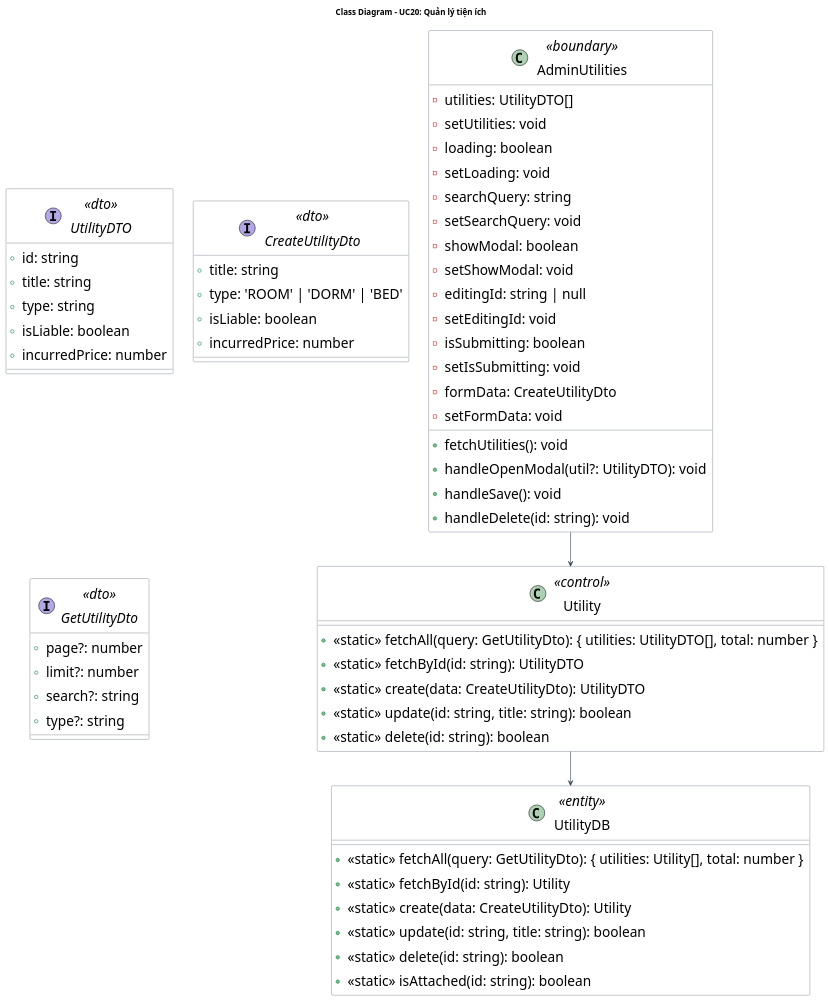
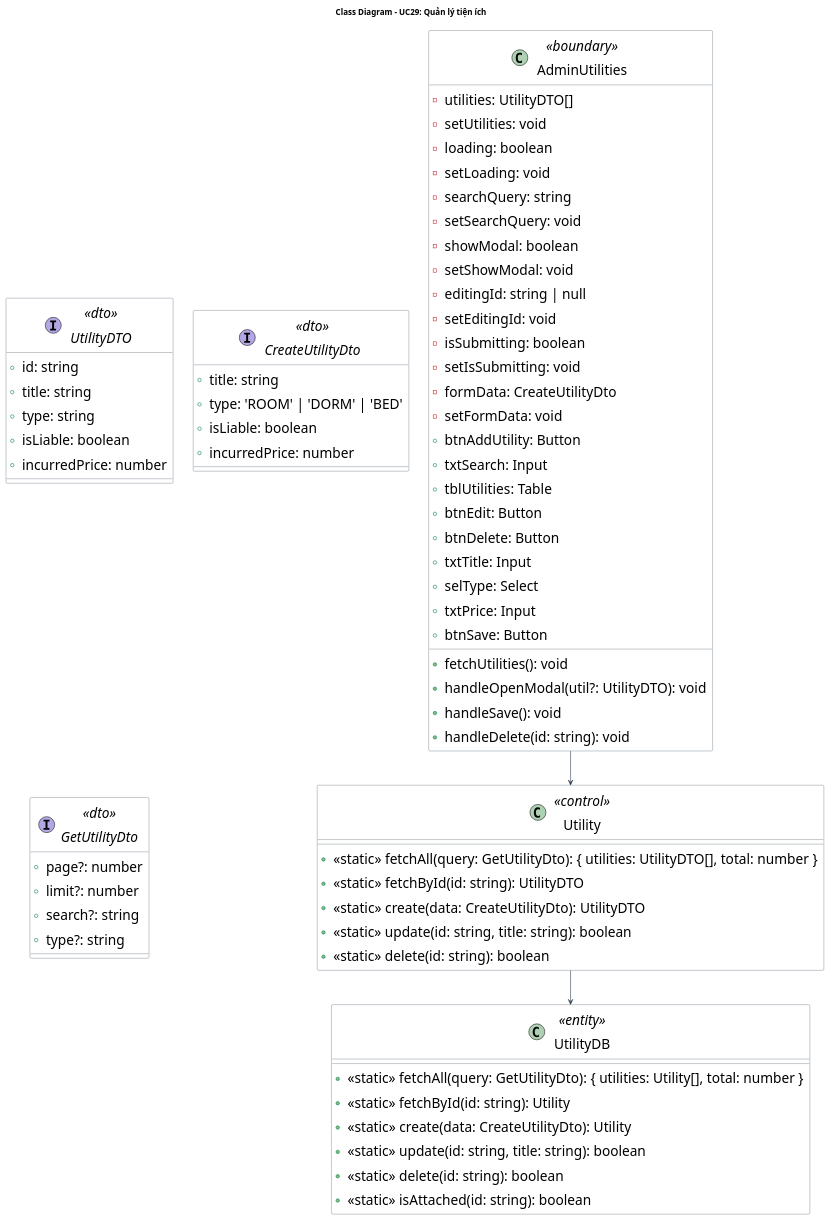
The diagram in doc/system/quan_ly_tien_ich/QuanLyTienIch_ClassDiagram.wsd (Gnourt812005/HCMUS-Analyze-and-desgin-IS), drawn with PlantUML before and after one commit. The commit also changed 12 other files, not shown here.

Commit message:
truong/digram: update diagram

```diff
--- a/doc/system/quan_ly_tien_ich/QuanLyTienIch_ClassDiagram.wsd
+++ b/doc/system/quan_ly_tien_ich/QuanLyTienIch_ClassDiagram.wsd
@@ -1,82 +1,91 @@
 @startuml QuanLyTienIch_ClassDiagram
-title Class Diagram - UC20: Quản lý tiện ích
+title Class Diagram - UC29: Quản lý tiện ích
 
 ' --- STYLE CONFIGURATION ---
 skinparam {
     ClassBackgroundColor White
     ClassBorderColor #2D3E50
     ArrowColor #2D3E50
     DefaultFontName "Arial"
     DefaultFontSize 24
     Padding 5
 }
 
 ' --- BOUNDARY LAYER ---
 class "AdminUtilities" <<boundary>> {
     - utilities: UtilityDTO[]
     - setUtilities: void
     - loading: boolean
     - setLoading: void
     - searchQuery: string
     - setSearchQuery: void
     - showModal: boolean
     - setShowModal: void
     - editingId: string | null
     - setEditingId: void
     - isSubmitting: boolean
     - setIsSubmitting: void
     - formData: CreateUtilityDto
     - setFormData: void
+    + btnAddUtility: Button
+    + txtSearch: Input
+    + tblUtilities: Table
+    + btnEdit: Button
+    + btnDelete: Button
+    + txtTitle: Input
+    + selType: Select
+    + txtPrice: Input
+    + btnSave: Button
     + fetchUtilities(): void
     + handleOpenModal(util?: UtilityDTO): void
     + handleSave(): void
     + handleDelete(id: string): void
 }
 
 ' --- DTO LAYER ---
 interface "UtilityDTO" <<dto>> {
     + id: string
     + title: string
     + type: string
     + isLiable: boolean
     + incurredPrice: number
 }
 
 interface "CreateUtilityDto" <<dto>> {
     + title: string
     + type: 'ROOM' | 'DORM' | 'BED'
     + isLiable: boolean
     + incurredPrice: number
 }
 
 interface "GetUtilityDto" <<dto>> {
     + page?: number
     + limit?: number
     + search?: string
     + type?: string
 }
 
 ' --- BUSINESS LAYER ---
 class "Utility" <<control>> {
     + <<static>> fetchAll(query: GetUtilityDto): { utilities: UtilityDTO[], total: number }
     + <<static>> fetchById(id: string): UtilityDTO
     + <<static>> create(data: CreateUtilityDto): UtilityDTO
     + <<static>> update(id: string, title: string): boolean
     + <<static>> delete(id: string): boolean
 }
 
 ' --- DATABASE LAYER ---
 class "UtilityDB" <<entity>> {
     + <<static>> fetchAll(query: GetUtilityDto): { utilities: Utility[], total: number }
     + <<static>> fetchById(id: string): Utility
     + <<static>> create(data: CreateUtilityDto): Utility
     + <<static>> update(id: string, title: string): boolean
     + <<static>> delete(id: string): boolean
     + <<static>> isAttached(id: string): boolean
 }
 
 ' --- RELATIONSHIPS ---
 AdminUtilities --> Utility
 Utility --> UtilityDB
 
 @enduml
```
